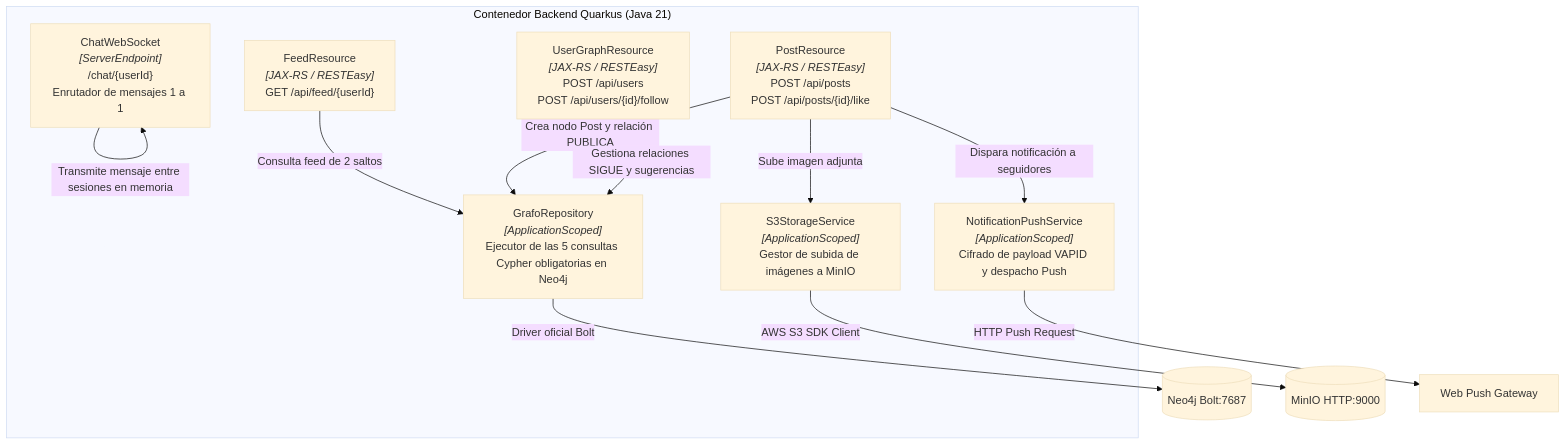
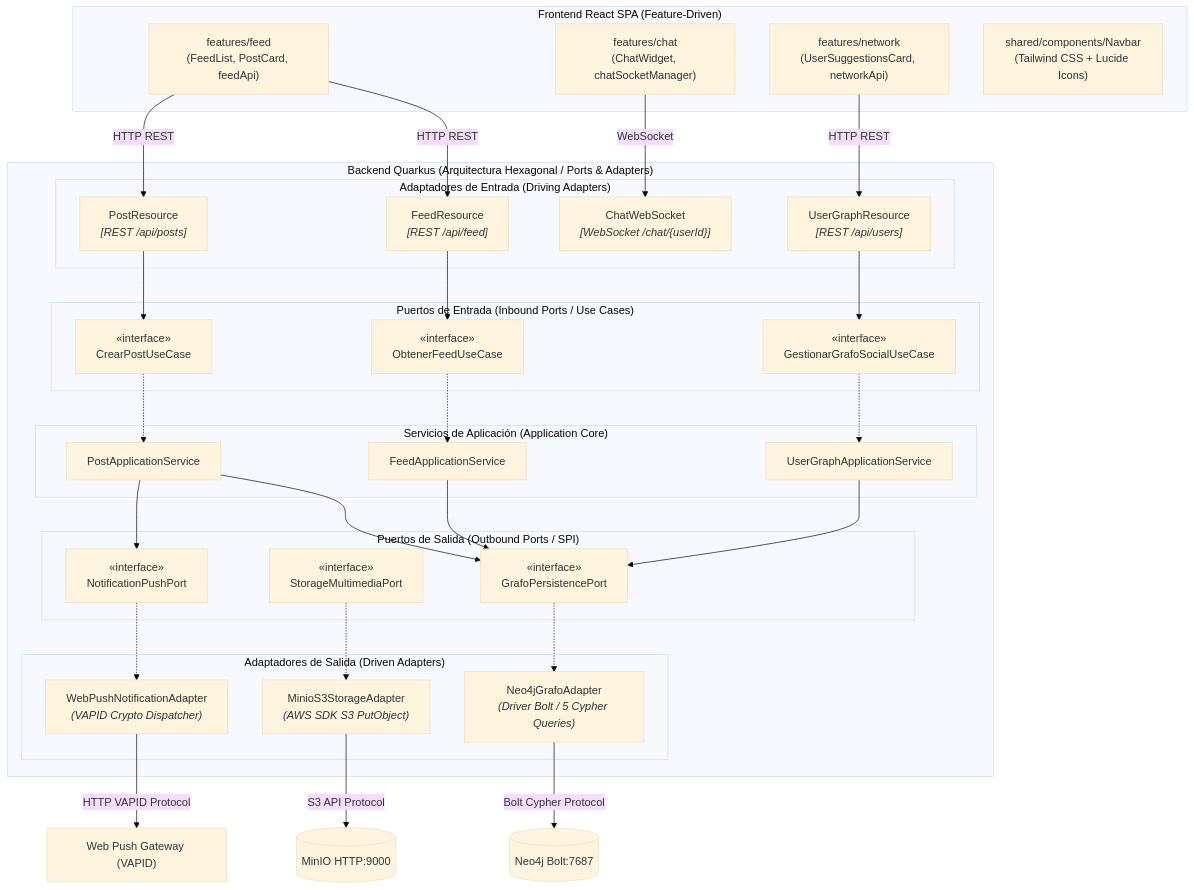
The third of 4 diagrams in docs/c4-model.md (angelcontres/nuevo-proyecto), drawn with Mermaid (base theme) before and after one commit. The commit also changed other lines of this file and 57 other files, not shown here.

Commit message:
feat(arch): refactor backend to Hexagonal (Ports & Adapters) and frontend to Feature-Driven with Tailwind CSS

````diff
--- a/docs/c4-model.md
+++ b/docs/c4-model.md
@@ -88,28 +88,72 @@
 ```mermaid
 flowchart TD
-    subgraph QuarkusBackend [" Contenedor Backend Quarkus (Java 21) "]
-        feedRes["FeedResource<br/><i>[JAX-RS / RESTEasy]</i><br/>GET /api/feed/{userId}"]
-        postRes["PostResource<br/><i>[JAX-RS / RESTEasy]</i><br/>POST /api/posts<br/>POST /api/posts/{id}/like"]
-        userRes["UserGraphResource<br/><i>[JAX-RS / RESTEasy]</i><br/>POST /api/users<br/>POST /api/users/{id}/follow"]
-        chatWs["ChatWebSocket<br/><i>[ServerEndpoint]</i><br/>/chat/{userId}<br/>Enrutador de mensajes 1 a 1"]
+    subgraph FrontendFeatures [" Frontend React SPA (Feature-Driven) "]
+        featFeed["features/feed<br/>(FeedList, PostCard, feedApi)"]
+        featChat["features/chat<br/>(ChatWidget, chatSocketManager)"]
+        featNet["features/network<br/>(UserSuggestionsCard, networkApi)"]
+        sharedNav["shared/components/Navbar<br/>(Tailwind CSS + Lucide Icons)"]
+    end
 
-        grafoRepo["GrafoRepository<br/><i>[ApplicationScoped]</i><br/>Ejecutor de las 5 consultas Cypher obligatorias en Neo4j"]
-        s3Service["S3StorageService<br/><i>[ApplicationScoped]</i><br/>Gestor de subida de imágenes a MinIO"]
-        pushService["NotificationPushService<br/><i>[ApplicationScoped]</i><br/>Cifrado de payload VAPID y despacho Push"]
+    subgraph QuarkusHexagonal [" Backend Quarkus (Arquitectura Hexagonal / Ports & Adapters) "]
+        subgraph InAdapters [" Adaptadores de Entrada (Driving Adapters) "]
+            feedRes["FeedResource<br/><i>[REST /api/feed]</i>"]
+            postRes["PostResource<br/><i>[REST /api/posts]</i>"]
+            userRes["UserGraphResource<br/><i>[REST /api/users]</i>"]
+            chatWs["ChatWebSocket<br/><i>[WebSocket /chat/{userId}]</i>"]
+        end
+
+        subgraph InPorts [" Puertos de Entrada (Inbound Ports / Use Cases) "]
+            feedUseCase["«interface»<br/>ObtenerFeedUseCase"]
+            postUseCase["«interface»<br/>CrearPostUseCase"]
+            userUseCase["«interface»<br/>GestionarGrafoSocialUseCase"]
+        end
+
+        subgraph AppServices [" Servicios de Aplicación (Application Core) "]
+            feedService["FeedApplicationService"]
+            postService["PostApplicationService"]
+            userService["UserGraphApplicationService"]
+        end
+
+        subgraph OutPorts [" Puertos de Salida (Outbound Ports / SPI) "]
+            grafoPort["«interface»<br/>GrafoPersistencePort"]
+            storagePort["«interface»<br/>StorageMultimediaPort"]
+            pushPort["«interface»<br/>NotificationPushPort"]
+        end
+
+        subgraph OutAdapters [" Adaptadores de Salida (Driven Adapters) "]
+            neo4jAdapter["Neo4jGrafoAdapter<br/><i>(Driver Bolt / 5 Cypher Queries)</i>"]
+            s3Adapter["MinioS3StorageAdapter<br/><i>(AWS SDK S3 PutObject)</i>"]
+            pushAdapter["WebPushNotificationAdapter<br/><i>(VAPID Crypto Dispatcher)</i>"]
+        end
     end
 
     neo4jDb[("Neo4j Bolt:7687")]
     minioApi[("MinIO HTTP:9000")]
-    webPushApi["Web Push Gateway"]
+    webPushApi["Web Push Gateway (VAPID)"]
 
-    feedRes -->|"Consulta feed de 2 saltos"| grafoRepo
-    postRes -->|"Crea nodo Post y relación PUBLICA"| grafoRepo
-    postRes -->|"Sube imagen adjunta"| s3Service
-    postRes -->|"Dispara notificación a seguidores"| pushService
-    userRes -->|"Gestiona relaciones SIGUE y sugerencias"| grafoRepo
-    chatWs -->|"Transmite mensaje entre sesiones en memoria"| chatWs
+    featFeed -->|"HTTP REST"| feedRes
+    featFeed -->|"HTTP REST"| postRes
+    featNet -->|"HTTP REST"| userRes
+    featChat -->|"WebSocket"| chatWs
 
-    grafoRepo -->|"Driver oficial Bolt"| neo4jDb
-    s3Service -->|"AWS S3 SDK Client"| minioApi
-    pushService -->|"HTTP Push Request"| webPushApi
+    feedRes --> feedUseCase
+    postRes --> postUseCase
+    userRes --> userUseCase
+
+    feedUseCase -.-> feedService
+    postUseCase -.-> postService
+    userUseCase -.-> userService
+
+    feedService --> grafoPort
+    postService --> grafoPort
+    postService --> pushPort
+    userService --> grafoPort
+
+    grafoPort -.-> neo4jAdapter
+    storagePort -.-> s3Adapter
+    pushPort -.-> pushAdapter
+
+    neo4jAdapter -->|"Bolt Cypher Protocol"| neo4jDb
+    s3Adapter -->|"S3 API Protocol"| minioApi
+    pushAdapter -->|"HTTP VAPID Protocol"| webPushApi
 ```
````
